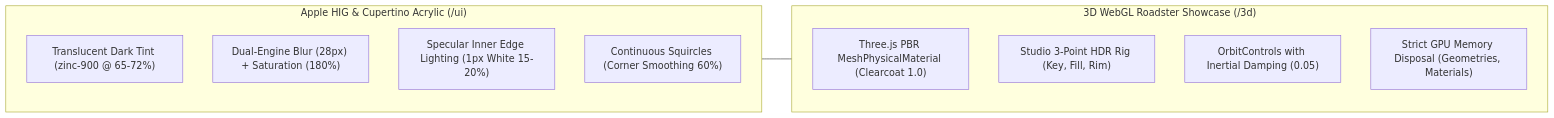
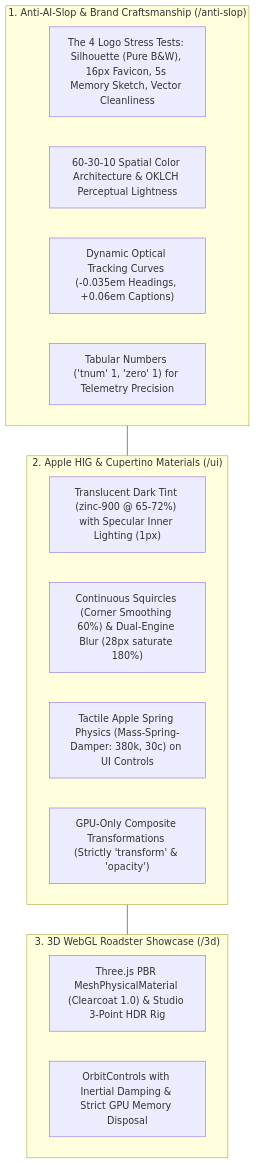
Before and after one commit to darknecrocities/SkillBuilder: the second of 2 diagrams in README.md, drawn with Mermaid. The commit also changed other lines of this file and 7 other files, not shown here.

Commit message:
feat(ui): add crafted app logo, tactile spring button, and updated quality audits

````diff
--- a/README.md
+++ b/README.md
@@ -130,16 +130,20 @@
 ```mermaid
-flowchart LR
-    subgraph AppleDesign["Apple HIG & Cupertino Acrylic (/ui)"]
-        A["Translucent Dark Tint (zinc-900 @ 65-72%)"]
-        B["Dual-Engine Blur (28px) + Saturation (180%)"]
-        C["Specular Inner Edge Lighting (1px White 15-20%)"]
-        D["Continuous Squircles (Corner Smoothing 60%)"]
+flowchart TD
+    subgraph AntiSlop["1. Anti-AI-Slop & Brand Craftsmanship (/anti-slop)"]
+        A["The 4 Logo Stress Tests: Silhouette (Pure B&W), 16px Favicon, 5s Memory Sketch, Vector Cleanliness"]
+        B["60-30-10 Spatial Color Architecture & OKLCH Perceptual Lightness"]
+        C["Dynamic Optical Tracking Curves (-0.035em Headings, +0.06em Captions)"]
+        D["Tabular Numbers ('tnum' 1, 'zero' 1) for Telemetry Precision"]
     end
-    subgraph WebGL3D["3D WebGL Roadster Showcase (/3d)"]
-        E["Three.js PBR MeshPhysicalMaterial (Clearcoat 1.0)"]
-        F["Studio 3-Point HDR Rig (Key, Fill, Rim)"]
-        G["OrbitControls with Inertial Damping (0.05)"]
-        H["Strict GPU Memory Disposal (Geometries, Materials)"]
+    subgraph AppleDesign["2. Apple HIG & Cupertino Materials (/ui)"]
+        E["Translucent Dark Tint (zinc-900 @ 65-72%) with Specular Inner Lighting (1px)"]
+        F["Continuous Squircles (Corner Smoothing 60%) & Dual-Engine Blur (28px saturate 180%)"]
+        G["Tactile Apple Spring Physics (Mass-Spring-Damper: 380k, 30c) on UI Controls"]
+        H["GPU-Only Composite Transformations (Strictly 'transform' & 'opacity')"]
     end
-    AppleDesign --- WebGL3D
+    subgraph WebGL3D["3. 3D WebGL Roadster Showcase (/3d)"]
+        I["Three.js PBR MeshPhysicalMaterial (Clearcoat 1.0) & Studio 3-Point HDR Rig"]
+        J["OrbitControls with Inertial Damping & Strict GPU Memory Disposal"]
+    end
+    AntiSlop --- AppleDesign --- WebGL3D
 ```
````
